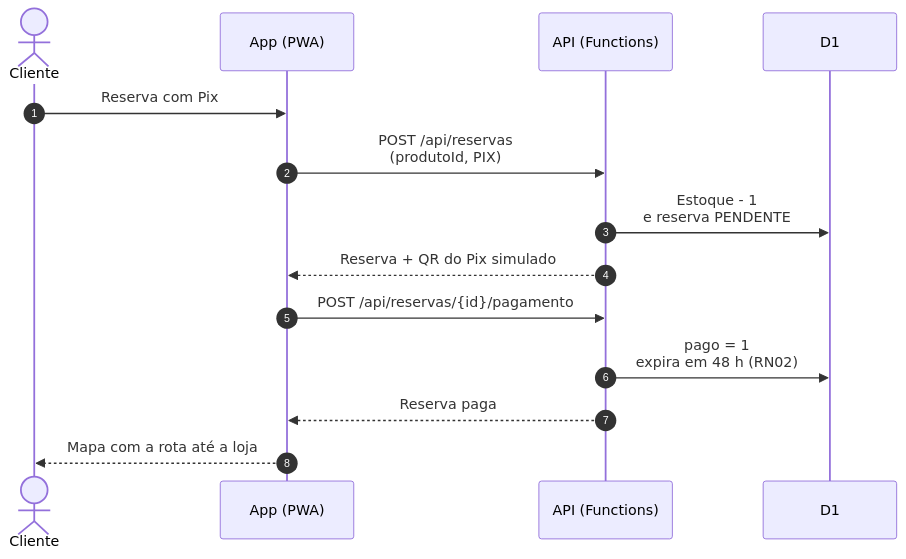
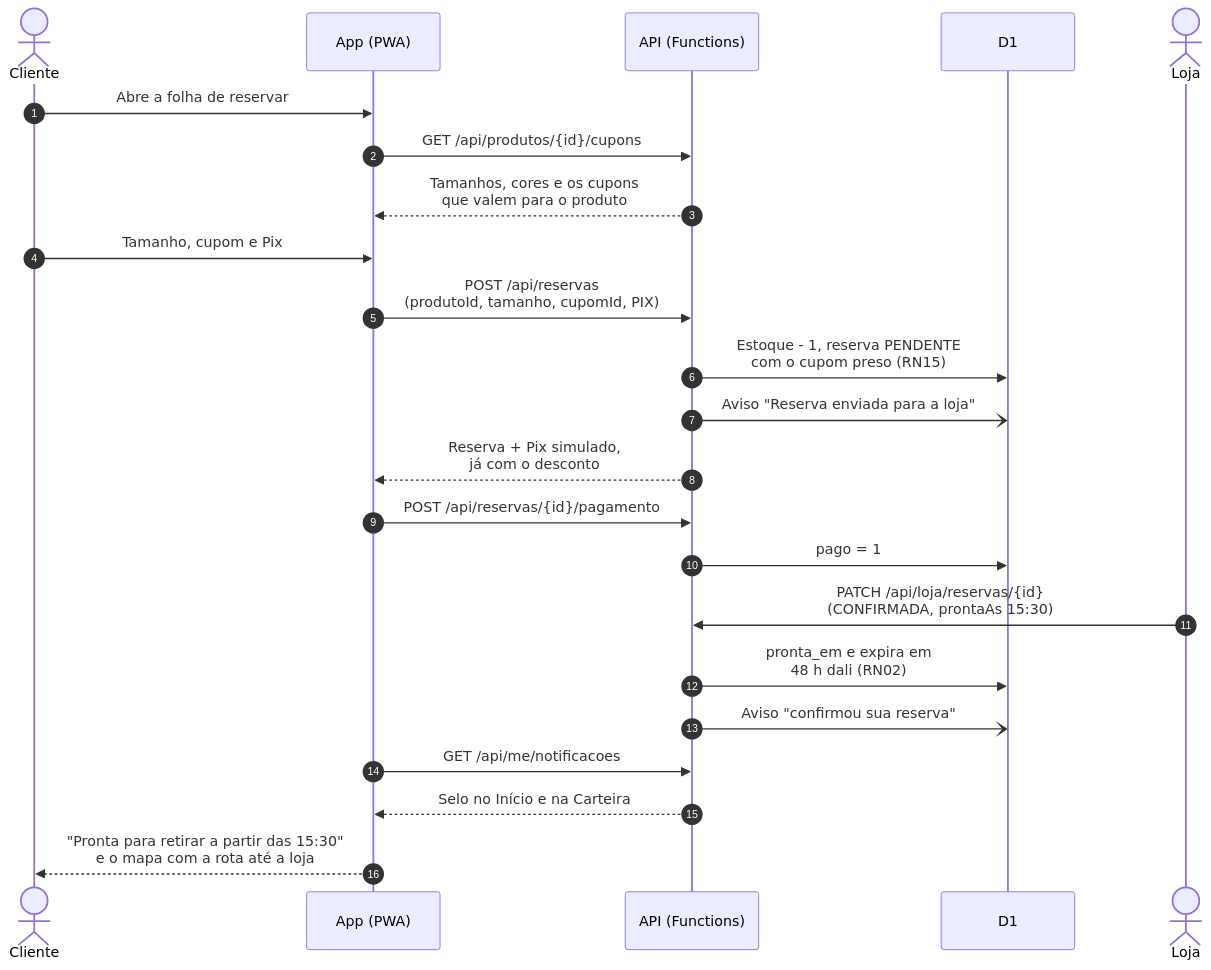
One commit to Gustavo16378/tyranitar-capim-dourado changed the ninth of 12 diagrams in docs/uml.md. Above: the diagram before and after it, drawn with Mermaid. The commit also changed other lines of this file, not shown here.

Commit message:
docs(uml): itens da compra, o cupom preso na reserva e a confirmação da loja nas sequências

````diff
--- a/docs/uml.md
+++ b/docs/uml.md
@@ -275,16 +294,25 @@
 ```mermaid
 sequenceDiagram
   autonumber
   actor C as Cliente
   participant A as App (PWA)
   participant F as API (Functions)
   participant DB as D1
-  C->>A: Reserva com Pix
-  A->>F: POST /api/reservas<br/>(produtoId, PIX)
-  F->>DB: Estoque - 1<br/>e reserva PENDENTE
-  F-->>A: Reserva + QR do Pix simulado
+  actor L as Loja
+  C->>A: Abre a folha de reservar
+  A->>F: GET /api/produtos/{id}/cupons
+  F-->>A: Tamanhos, cores e os cupons<br/>que valem para o produto
+  C->>A: Tamanho, cupom e Pix
+  A->>F: POST /api/reservas<br/>(produtoId, tamanho, cupomId, PIX)
+  F->>DB: Estoque - 1, reserva PENDENTE<br/>com o cupom preso (RN15)
+  F-)DB: Aviso "Reserva enviada para a loja"
+  F-->>A: Reserva + Pix simulado,<br/>já com o desconto
   A->>F: POST /api/reservas/{id}/pagamento
-  F->>DB: pago = 1<br/>expira em 48 h (RN02)
-  F-->>A: Reserva paga
-  A-->>C: Mapa com a rota até a loja
+  F->>DB: pago = 1
+  L->>F: PATCH /api/loja/reservas/{id}<br/>(CONFIRMADA, prontaAs 15:30)
+  F->>DB: pronta_em e expira em<br/>48 h dali (RN02)
+  F-)DB: Aviso "confirmou sua reserva"
+  A->>F: GET /api/me/notificacoes
+  F-->>A: Selo no Início e na Carteira
+  A-->>C: "Pronta para retirar a partir das 15:30"<br/>e o mapa com a rota até a loja
 ```
````
